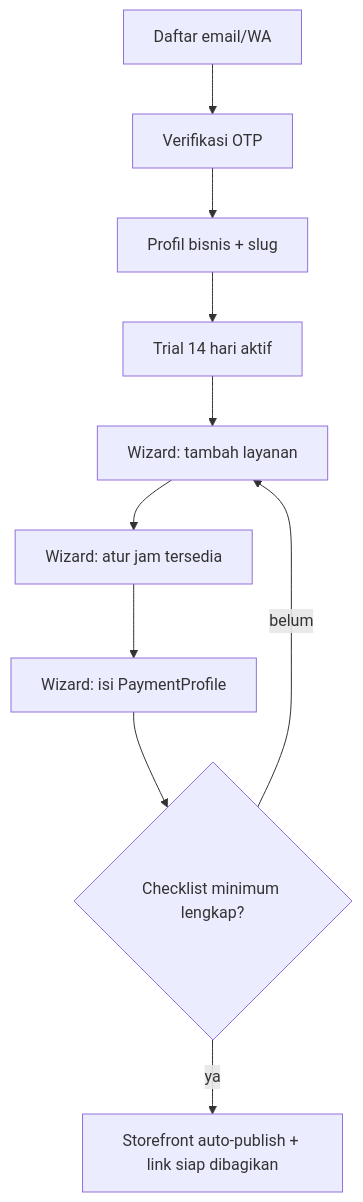
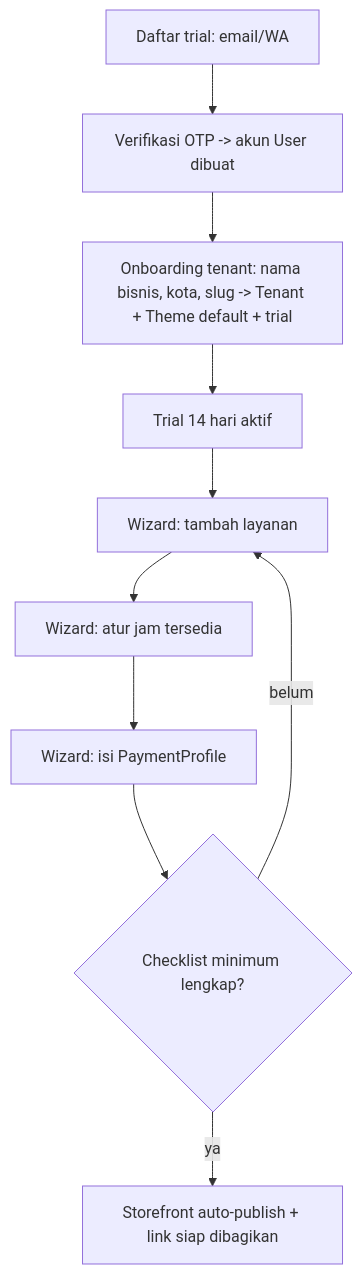
The diagram in docs/features/F01-onboarding-tenant.md (Marchelinoraco/mua), drawn with Mermaid before and after one commit. The commit also changed other lines of this file and 339 other files, not shown here.

````diff
--- a/docs/features/F01-onboarding-tenant.md
+++ b/docs/features/F01-onboarding-tenant.md
@@ -30,12 +32,12 @@
 ```mermaid
 flowchart TD
-  A[Daftar email/WA] --> B[Verifikasi OTP]
-  B --> C[Profil bisnis + slug]
+  A[Daftar trial: email/WA] --> B[Verifikasi OTP -> akun User dibuat]
+  B --> C[Onboarding tenant: nama bisnis, kota, slug -> Tenant + Theme default + trial]
   C --> D[Trial 14 hari aktif]
   D --> E[Wizard: tambah layanan]
   E --> F[Wizard: atur jam tersedia]
   F --> G[Wizard: isi PaymentProfile]
   G --> H{Checklist minimum lengkap?}
   H -- ya --> I[Storefront auto-publish + link siap dibagikan]
   H -- belum --> E
 ```
````
